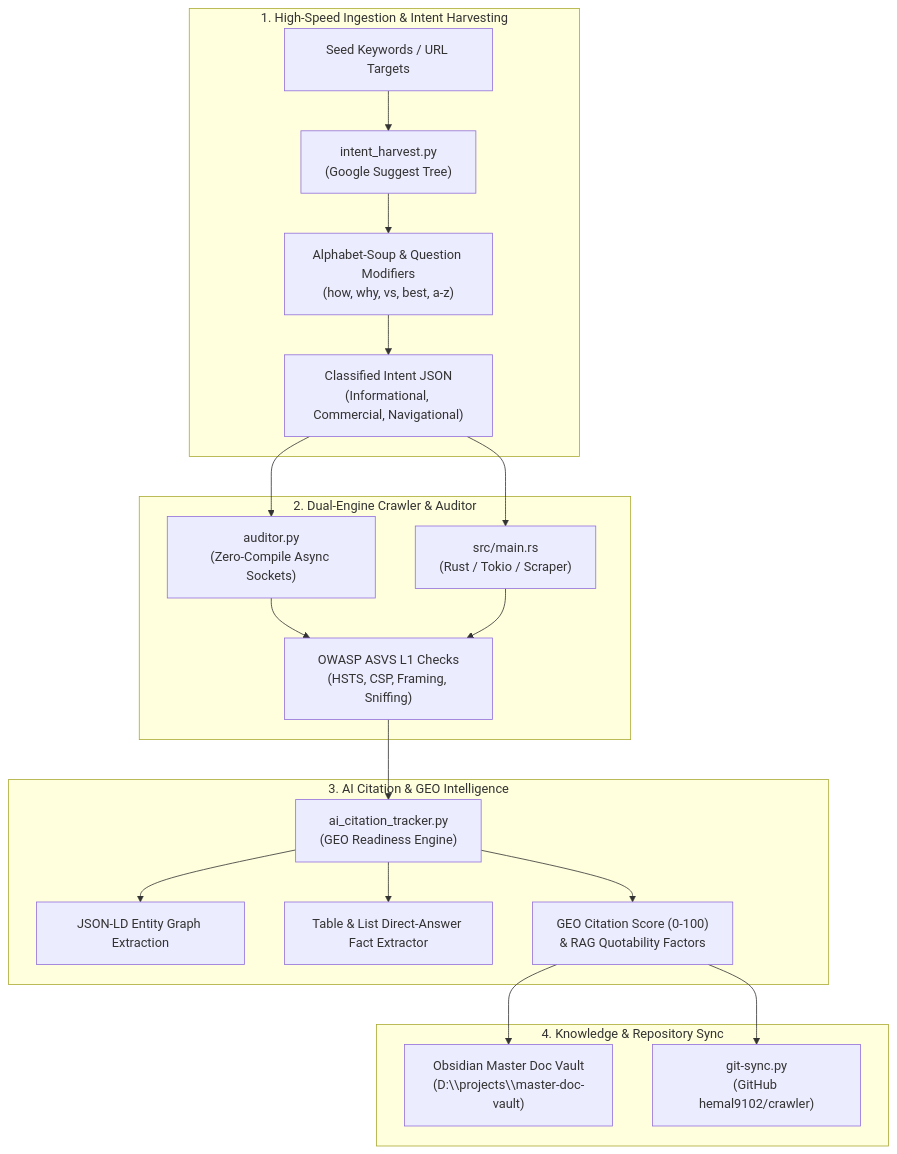
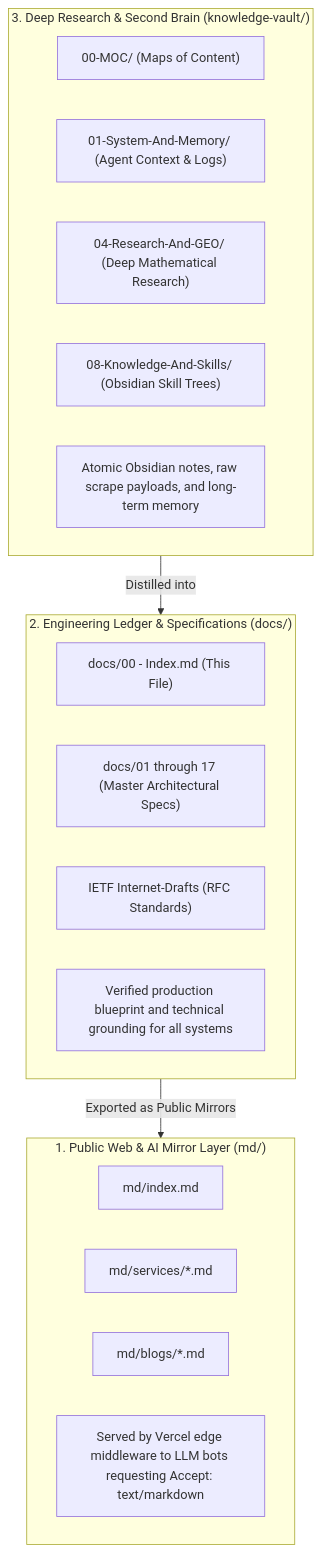
The diagram in docs/00 - Index.md (hemal9102/tensix), drawn with Mermaid before and after one commit. The commit also changed other lines of this file and 96 other files, not shown here.

````diff
--- a/docs/00 - Index.md
+++ b/docs/00 - Index.md
@@ -35,27 +44,27 @@
 ```mermaid
-graph TD
-    subgraph INGESTION["1. High-Speed Ingestion & Intent Harvesting"]
-        SEED["Seed Keywords / URL Targets"] --> HARVEST["intent_harvest.py<br>(Google Suggest Tree)"]
-        HARVEST --> MODS["Alphabet-Soup & Question Modifiers<br>(how, why, vs, best, a-z)"]
-        MODS --> INTENT_DB["Classified Intent JSON<br>(Informational, Commercial, Navigational)"]
+flowchart TD
+    subgraph Tier1["1. Public Web & AI Mirror Layer (md/)"]
+        M1["md/index.md"]
+        M2["md/services/*.md"]
+        M3["md/blogs/*.md"]
+        T1_Desc["Served by Vercel edge middleware to LLM bots requesting Accept: text/markdown"]
     end
 
-    subgraph CRAWLER["2. Dual-Engine Crawler & Auditor"]
-        INTENT_DB --> AUDITOR_PY["auditor.py<br>(Zero-Compile Async Sockets)"]
-        INTENT_DB --> AUDITOR_RS["src/main.rs<br>(Rust / Tokio / Scraper)"]
-        AUDITOR_PY --> ASVS_CHECK["OWASP ASVS L1 Checks<br>(HSTS, CSP, Framing, Sniffing)"]
-        AUDITOR_RS --> ASVS_CHECK
+    subgraph Tier2["2. Engineering Ledger & Specifications (docs/)"]
+        D1["docs/00 - Index.md (This File)"]
+        D2["docs/01 through 17 (Master Architectural Specs)"]
+        D3["IETF Internet-Drafts (RFC Standards)"]
+        T2_Desc["Verified production blueprint and technical grounding for all systems"]
     end
 
-    subgraph GEO["3. AI Citation & GEO Intelligence"]
-        ASVS_CHECK --> CITATION_TRACK["ai_citation_tracker.py<br>(GEO Readiness Engine)"]
-        CITATION_TRACK --> JSONLD["JSON-LD Entity Graph Extraction"]
-        CITATION_TRACK --> TABLES["Table & List Direct-Answer Fact Extractor"]
-        CITATION_TRACK --> GEO_SCORE["GEO Citation Score (0-100)<br>& RAG Quotability Factors"]
+    subgraph Tier3["3. Deep Research & Second Brain (knowledge-vault/)"]
+        K1["00-MOC/ (Maps of Content)"]
+        K2["01-System-And-Memory/ (Agent Context & Logs)"]
+        K3["04-Research-And-GEO/ (Deep Mathematical Research)"]
+        K4["08-Knowledge-And-Skills/ (Obsidian Skill Trees)"]
+        T3_Desc["Atomic Obsidian notes, raw scrape payloads, and long-term memory"]
     end
 
-    subgraph OUTPUT["4. Knowledge & Repository Sync"]
-        GEO_SCORE --> VAULT["Obsidian Master Doc Vault<br>(D:\\projects\\master-doc-vault)"]
-        GEO_SCORE --> GIT_SYNC["git-sync.py<br>(GitHub hemal9102/crawler)"]
-    end
+    Tier3 -->|Distilled into| Tier2
+    Tier2 -->|Exported as Public Mirrors| Tier1
 ```
````
